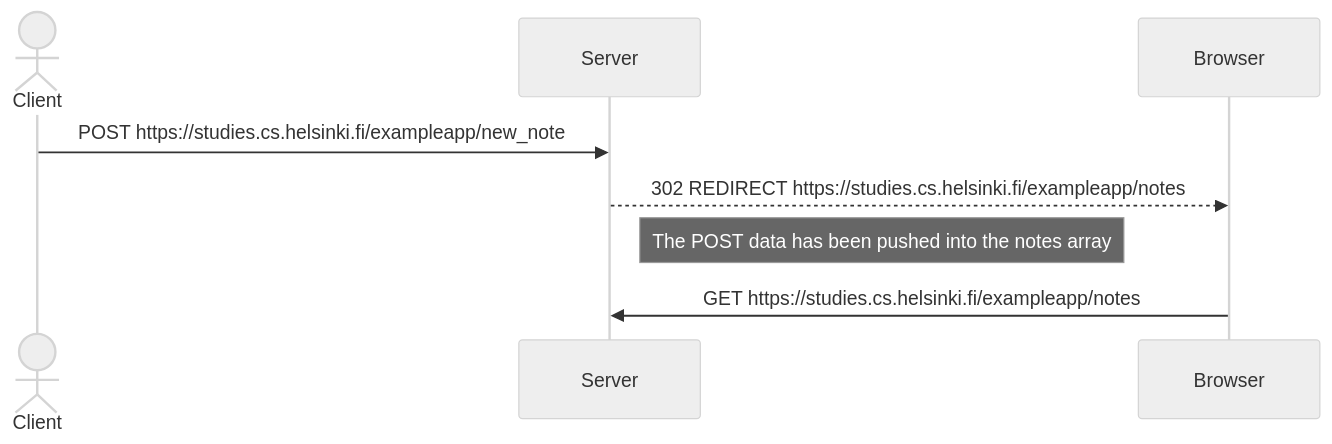
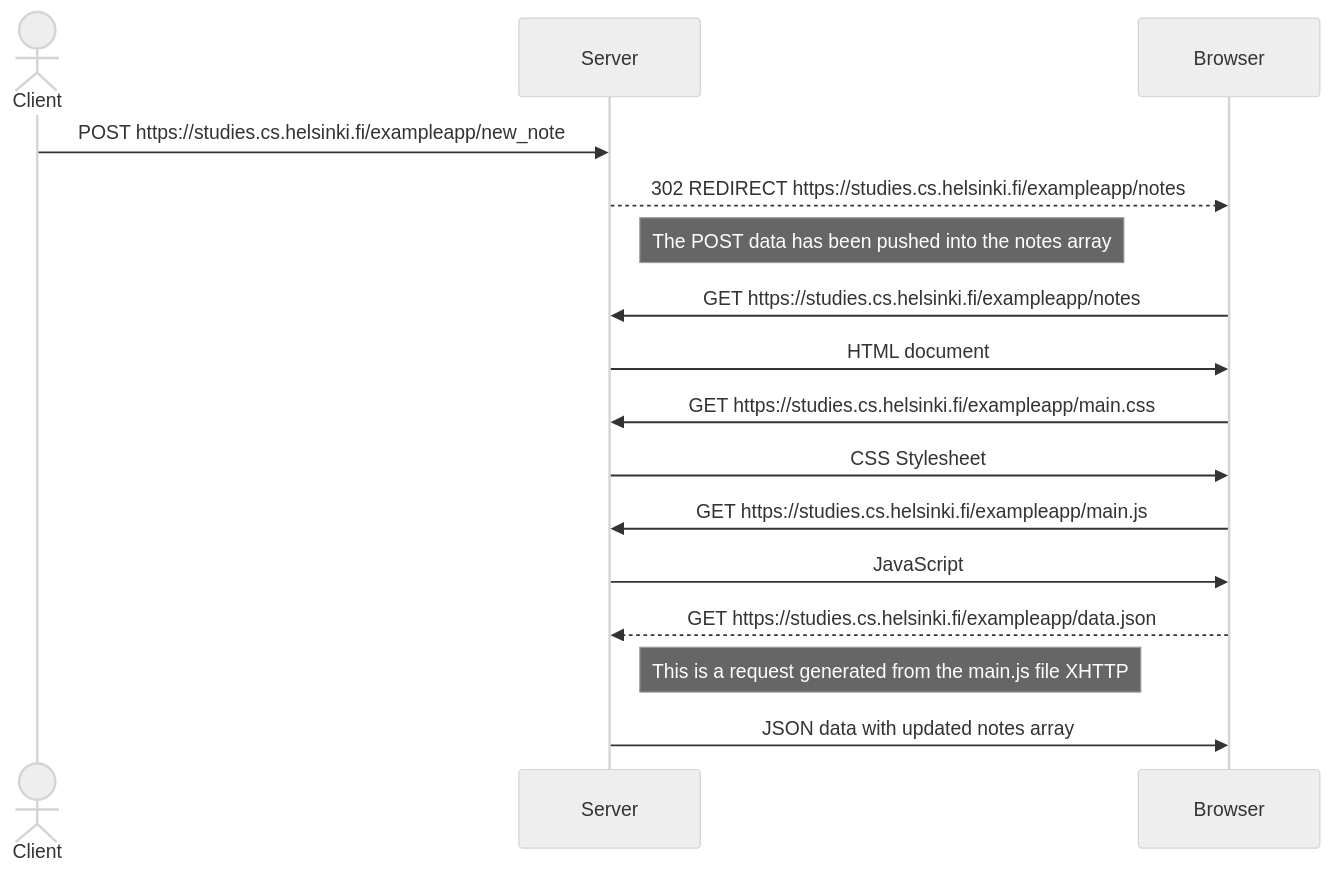
One commit to cmedina-dev/fullstackopen changed the diagram in part0/new-note-diagram.md. Above: the diagram before and after it, drawn with Mermaid (neutral theme).

Commit message:
Update new-note-diagram.md
Add remaining steps

````diff
--- a/part0/new-note-diagram.md
+++ b/part0/new-note-diagram.md
@@ -3,9 +3,16 @@
 ```mermaid
 sequenceDiagram
     actor Client
     Client->>Server: POST https://studies.cs.helsinki.fi/exampleapp/new_note
     Server-->>Browser: 302 REDIRECT https://studies.cs.helsinki.fi/exampleapp/notes
     Note right of Server: The POST data has been pushed into the notes array
     Browser->>Server: GET https://studies.cs.helsinki.fi/exampleapp/notes
-    
+    Server->>Browser: HTML document
+    Browser->>Server: GET https://studies.cs.helsinki.fi/exampleapp/main.css
+    Server->>Browser: CSS Stylesheet
+    Browser->>Server: GET https://studies.cs.helsinki.fi/exampleapp/main.js
+    Server->>Browser: JavaScript
+    Browser-->>Server: GET https://studies.cs.helsinki.fi/exampleapp/data.json
+    Note right of Server: This is a request generated from the main.js file XHTTP
+    Server->>Browser: JSON data with updated notes array
 ```
````
